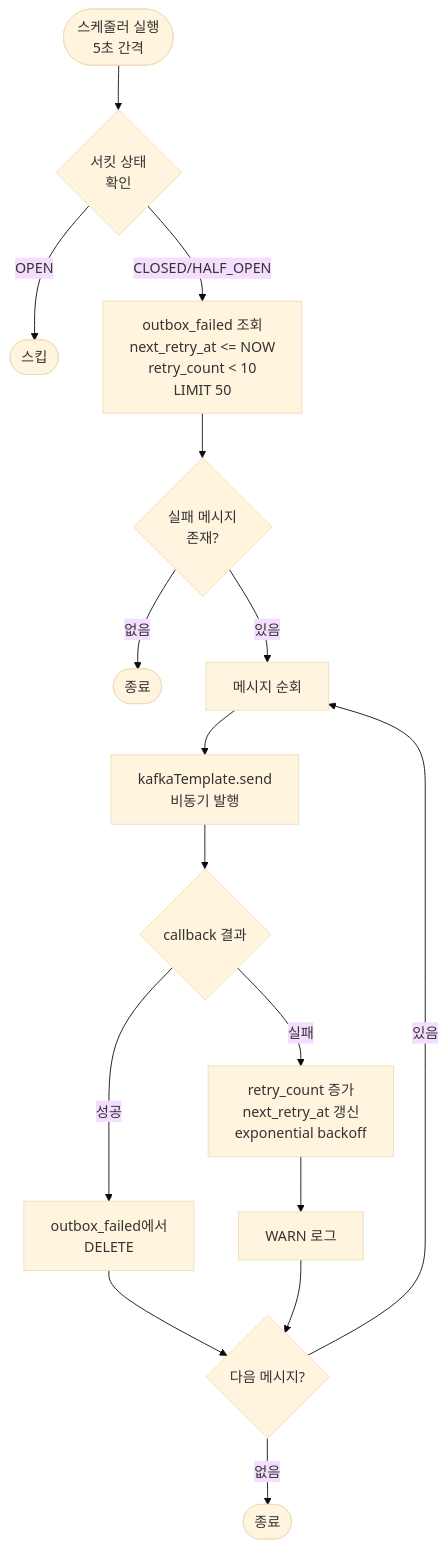
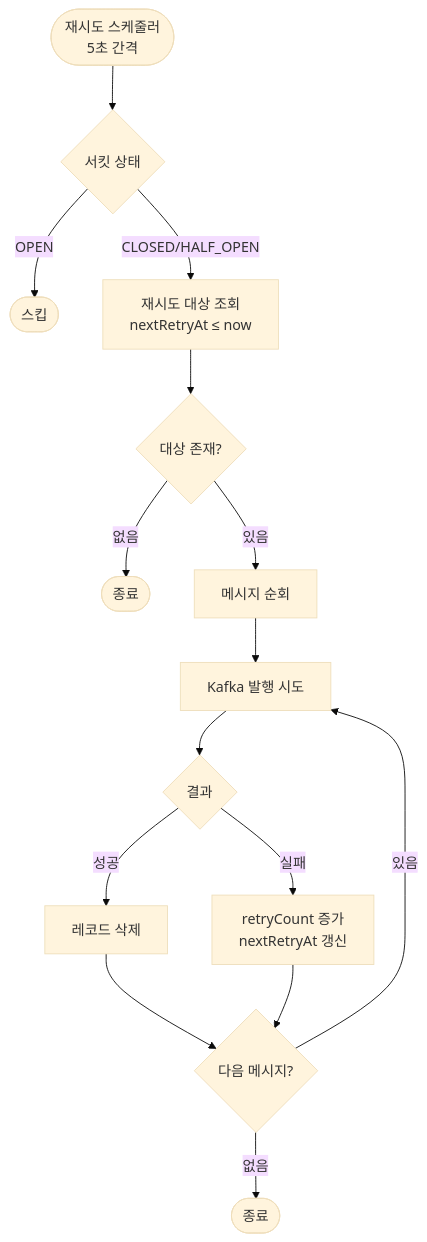
One commit to Loopers-dev-lab/loopers-spring-kotlin-template changed the third of 4 diagrams in docs/week8/round8-detailed-design.md. Above: the diagram before and after it, drawn with Mermaid (base theme). The commit also changed other lines of this file and 1 other file, not shown here.

First line of the commit message:
docs: Kafka 기반 이벤트 설계 문서 간소화

````diff
--- a/docs/week8/round8-detailed-design.md
+++ b/docs/week8/round8-detailed-design.md
@@ -244,27 +118,23 @@
 ```mermaid
 flowchart TD
-    Start([스케줄러 실행<br/>5초 간격]) --> CheckCircuit{서킷 상태<br/>확인}
-    
+    Start([재시도 스케줄러<br/>5초 간격]) --> CheckCircuit{서킷 상태}
     CheckCircuit -->|OPEN| End1([스킵])
-    
-    CheckCircuit -->|CLOSED/HALF_OPEN| FetchFailed[outbox_failed 조회<br/>next_retry_at <= NOW<br/>retry_count < 10<br/>LIMIT 50]
-    
-    FetchFailed --> HasFailed{실패 메시지<br/>존재?}
-    HasFailed -->|없음| End2([종료])
-    
-    HasFailed -->|있음| LoopStart[메시지 순회]
-    
-    LoopStart --> SendAsync[kafkaTemplate.send<br/>비동기 발행]
-    
-    SendAsync --> Callback{callback 결과}
-    
-    Callback -->|성공| DeleteFromFailed[outbox_failed에서<br/>DELETE]
-    DeleteFromFailed --> NextMessage
-    
-    Callback -->|실패| UpdateRetry[retry_count 증가<br/>next_retry_at 갱신<br/>exponential backoff]
-    UpdateRetry --> LogWarn[WARN 로그]
-    LogWarn --> NextMessage
-    
-    NextMessage{다음 메시지?} -->|있음| LoopStart
-    NextMessage -->|없음| End3([종료])
+    CheckCircuit -->|CLOSED/HALF_OPEN| FetchRetryable[재시도 대상 조회<br/>nextRetryAt ≤ now]
+
+FetchRetryable --> HasRetryable{대상 존재?}
+HasRetryable -->|없음|End2([종료])
+
+HasRetryable -->|있음|LoopStart[메시지 순회]
+
+LoopStart --> SendKafka[Kafka 발행 시도]
+SendKafka --> CheckResult{결과}
+
+CheckResult -->|성공|DeleteRecord[레코드 삭제]
+DeleteRecord --> NextMessage
+
+CheckResult -->|실패|IncrementRetry[retryCount 증가<br/>nextRetryAt 갱신]
+IncrementRetry --> NextMessage{다음 메시지?}
+
+NextMessage -->|있음|SendKafka
+NextMessage -->|없음|End3([종료])
 ```
````
